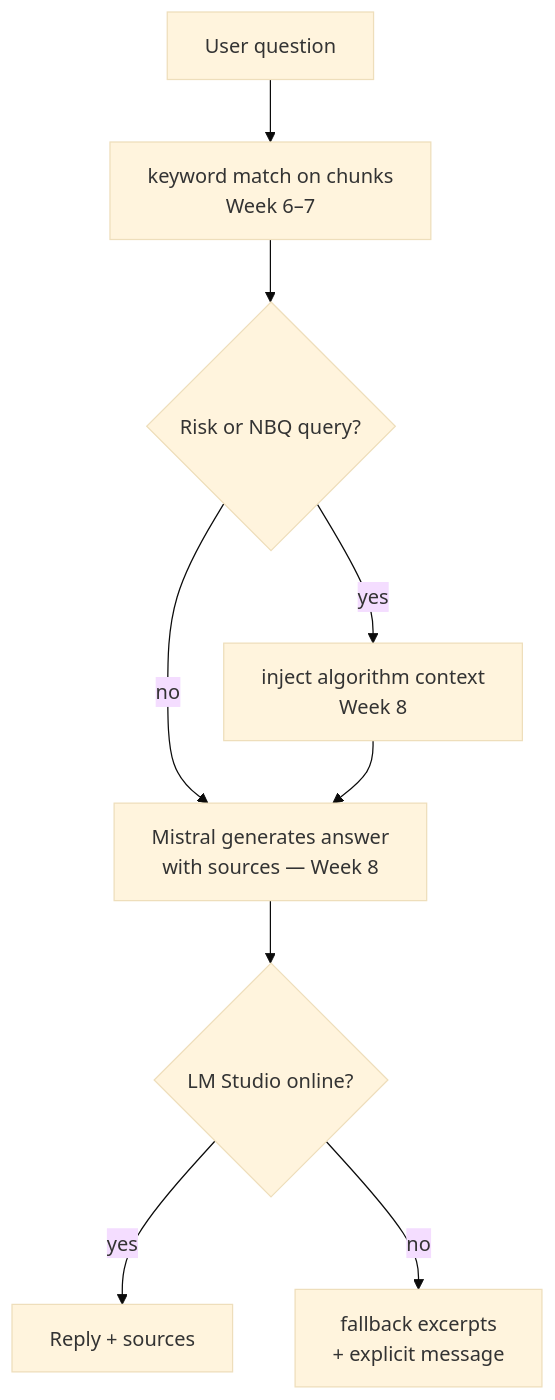
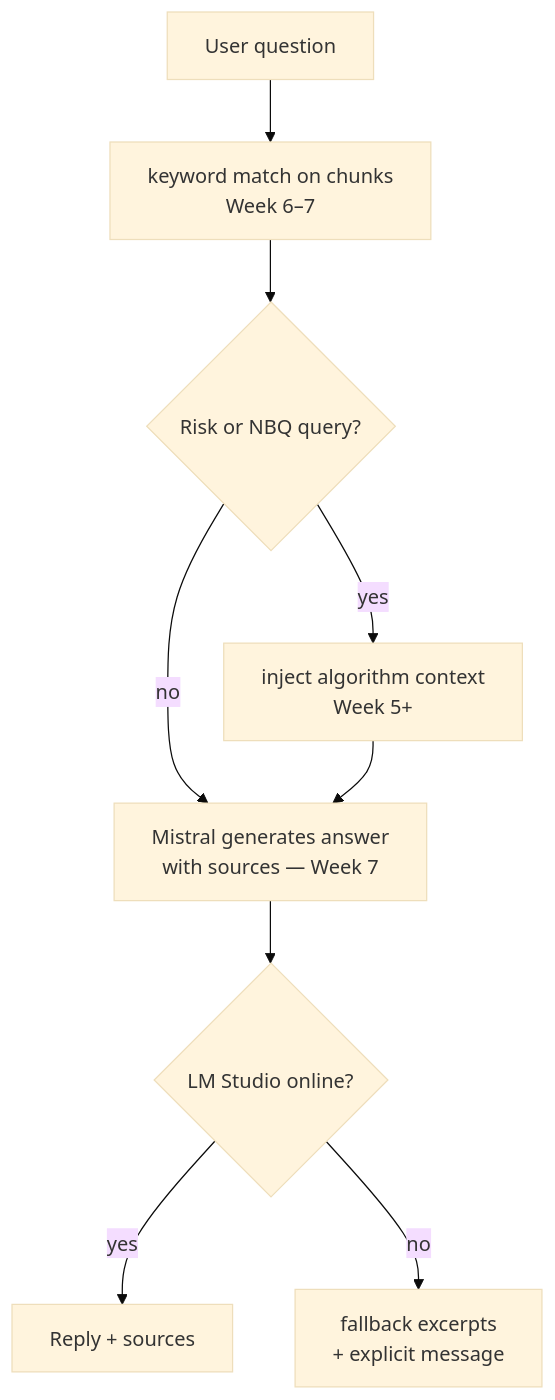
One commit to hodncgi/AMS changed the diagram in doc/developer/KNOWLEDGE_SCOPE.md. Above: the diagram before and after it, drawn with Mermaid (base theme). The commit also changed other lines of this file and 8 other files, not shown here.

Commit message:
Align week numbers across all docs to 8+3 roadmap (React Week 8).

````diff
--- a/doc/developer/KNOWLEDGE_SCOPE.md
+++ b/doc/developer/KNOWLEDGE_SCOPE.md
@@ -31,12 +31,12 @@
 ```mermaid
 flowchart TD
     Q[User question] --> KW[keyword match on chunks<br/>Week 6–7]
     KW --> ALG{Risk or NBQ query?}
-    ALG -->|yes| CTX[inject algorithm context<br/>Week 8]
-    ALG -->|no| GEN[Mistral generates answer<br/>with sources — Week 8]
+    ALG -->|yes| CTX[inject algorithm context<br/>Week 5+]
+    ALG -->|no| GEN[Mistral generates answer<br/>with sources — Week 7]
     CTX --> GEN
     LS{LM Studio online?}
     GEN --> LS
     LS -->|yes| OK[Reply + sources]
     LS -->|no| FB[fallback excerpts<br/>+ explicit message]
 ```
````
